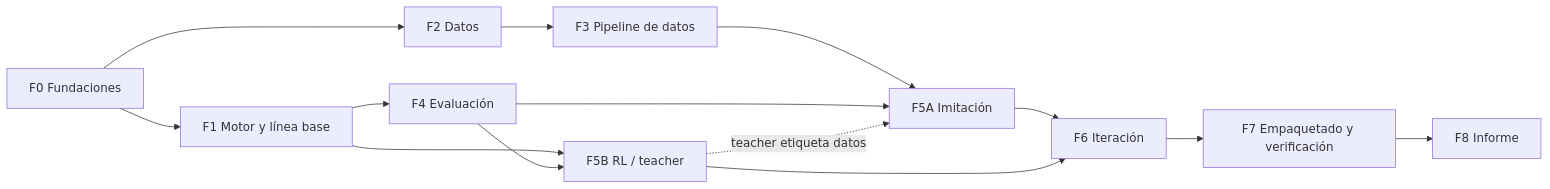
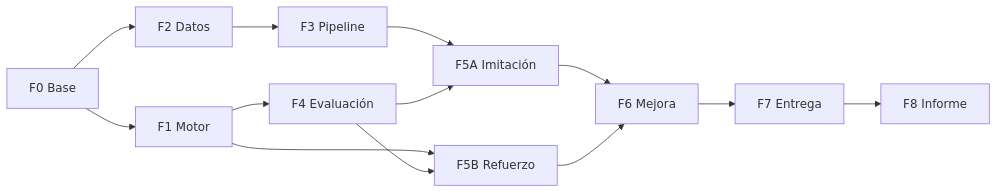
One commit to Vasco2510/apex_kart changed the diagram in docs/PLAN_PROYECTO.md. Above: the diagram before and after it, drawn with Mermaid. The commit also changed other lines of this file and 2 other files, not shown here.

````diff
--- a/docs/PLAN_PROYECTO.md
+++ b/docs/PLAN_PROYECTO.md
@@ -18,16 +17,15 @@
 ```mermaid
 graph LR
-  F0[F0 Fundaciones] --> F1[F1 Motor y línea base]
+  F0[F0 Base] --> F1[F1 Motor]
   F0 --> F2[F2 Datos]
   F1 --> F4[F4 Evaluación]
-  F2 --> F3[F3 Pipeline de datos]
+  F2 --> F3[F3 Pipeline]
   F3 --> F5A[F5A Imitación]
   F4 --> F5A
-  F1 --> F5B[F5B RL / teacher]
+  F1 --> F5B[F5B Refuerzo]
   F4 --> F5B
-  F5A --> F6[F6 Iteración]
+  F5A --> F6[F6 Mejora]
   F5B --> F6
-  F5B -. teacher etiqueta datos .-> F5A
-  F6 --> F7[F7 Empaquetado y verificación]
+  F6 --> F7[F7 Entrega]
   F7 --> F8[F8 Informe]
 ```
````
